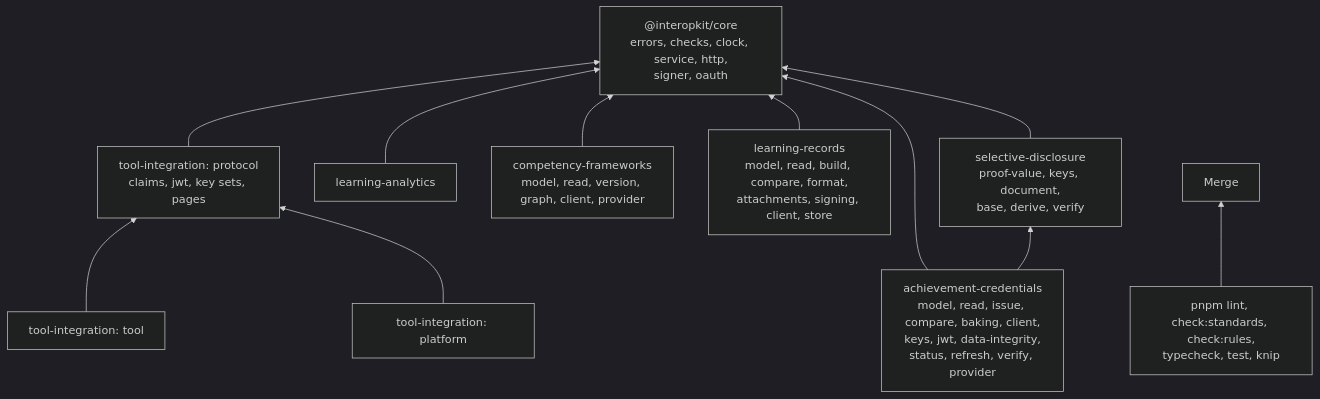
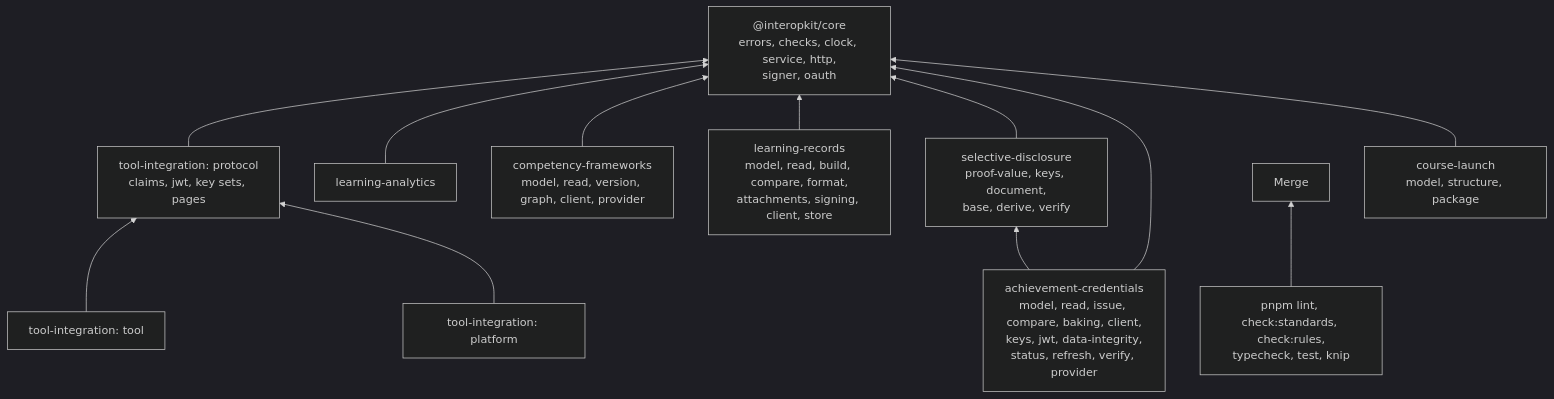
Before and after one commit to interopkit/interopkit: the diagram in AGENTS.md, drawn with Mermaid (dark theme). The commit also changed other lines of this file and 100 other files, not shown here.

````diff
--- a/AGENTS.md
+++ b/AGENTS.md
@@ -15,22 +17,24 @@
 ```mermaid
 flowchart BT
   core["@interopkit/core<br/>errors, checks, clock, service, http,<br/>signer, oauth"]
   proto["tool-integration: protocol<br/>claims, jwt, key sets, pages"]
   tool["tool-integration: tool"]
   plat["tool-integration: platform"]
   la["learning-analytics"]
   cf["competency-frameworks<br/>model, read, version, graph, client, provider"]
   lr["learning-records<br/>model, read, build, compare, format,<br/>attachments, signing, client, store"]
   sd["selective-disclosure<br/>proof-value, keys, document,<br/>base, derive, verify"]
   ac["achievement-credentials<br/>model, read, issue, compare, baking, client,<br/>keys, jwt, data-integrity,<br/>status, refresh, verify, provider"]
+  cl["course-launch<br/>model, structure, package"]
   proto --> core
   tool --> proto
   plat --> proto
   la --> core
   cf --> core
   lr --> core
   sd --> core
   ac --> core
   ac --> sd
+  cl --> core
   gates["pnpm lint, check:standards, check:rules,<br/>typecheck, test, knip"] --> merge["Merge"]
 ```
````
